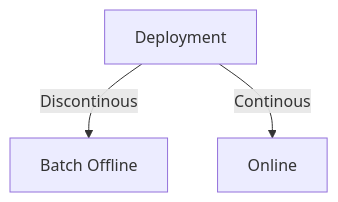
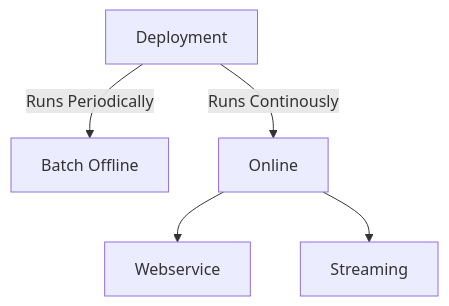
The diagram in week04/README.md (mossdet/mlops-dlp), drawn with Mermaid before and after one commit. The commit also changed other lines of this file, not shown here.

````diff
--- a/week04/README.md
+++ b/week04/README.md
@@ -3,5 +3,7 @@
 ```mermaid
 graph TD
-    A[Deployment]--> |Discontinous| B[Batch Offline];
-    A--> |Continous| C[Online];
+    Deployment[Deployment]--> |Runs Periodically| Batch[Batch Offline]
+    Deployment--> |Runs Continously| Online[Online]
+    Online-->WebService[Webservice]
+    Online-->Streaming[Streaming]
 ```
````
